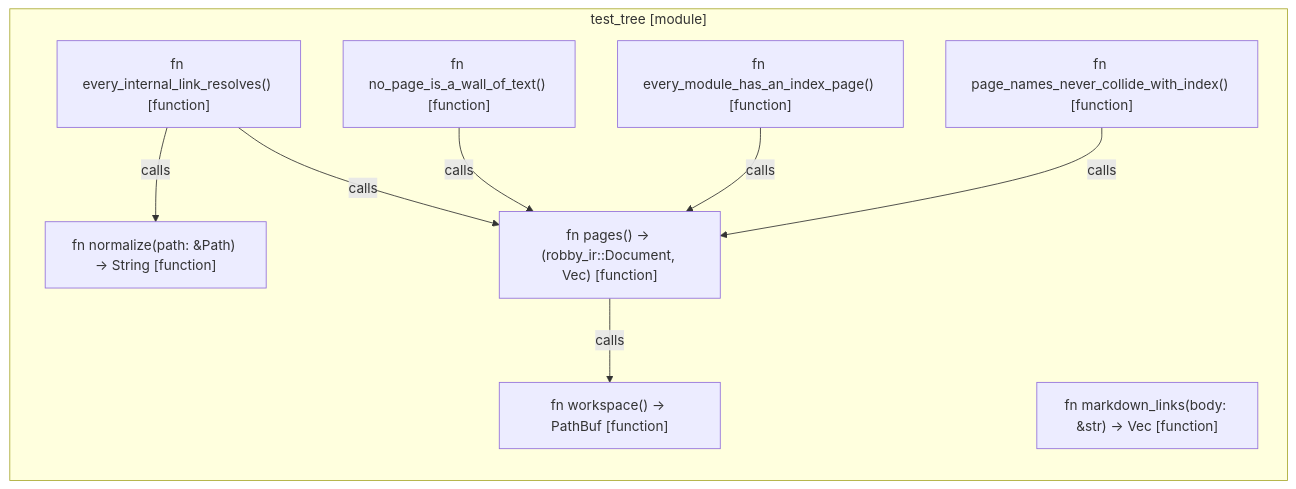
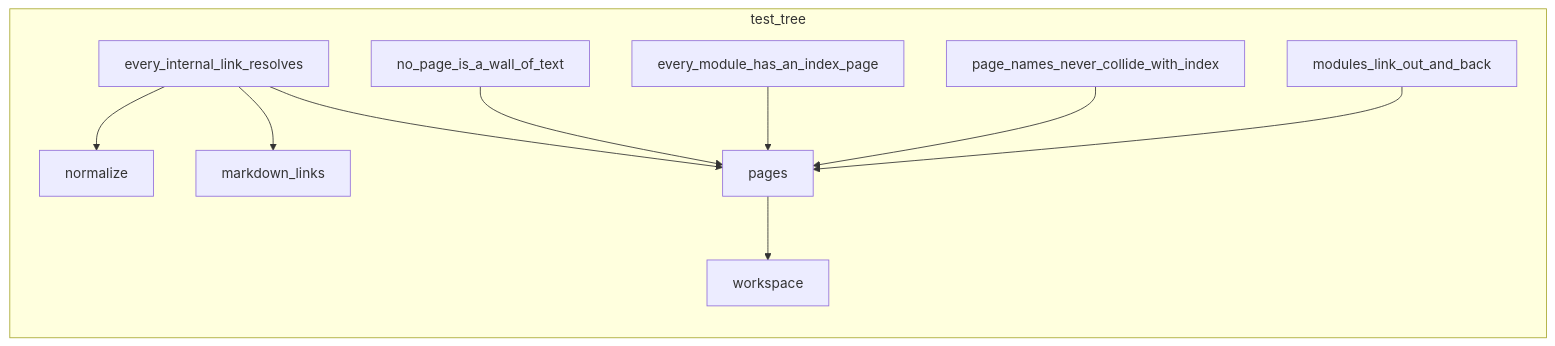
One commit to RyanGuild/self-describing-code changed the second of 2 diagrams in docs/self-model/robby_render/test_tree/index.md. Above: the diagram before and after it, drawn with Mermaid. The commit also changed other lines of this file and 1404 other files, not shown here.

Commit message:
Land the site viewer, TypeScript extract, and comment agent so the public tree matches the workspace.

````diff
--- a/docs/self-model/robby_render/test_tree/index.md
+++ b/docs/self-model/robby_render/test_tree/index.md
@@ -11,20 +26,23 @@
 ```mermaid
-flowchart TD
-    subgraph n_2790416a72a81c1b["test_tree [module]"]
+flowchart TB
+    subgraph n_2790416a72a81c1b["test_tree"]
         direction TB
-        n_13a9263f385f07c0["fn workspace() -> PathBuf [function]"]
-        n_9ed0f9b7842fbcc9["fn pages() -> (robby_ir::Document, Vec<tree::Page>) [function]"]
-        n_197157e39be2dfd1["fn every_internal_link_resolves() [function]"]
-        n_1a89d16c1861baae["fn no_page_is_a_wall_of_text() [function]"]
-        n_32cf4d2ecb5a0a21["fn every_module_has_an_index_page() [function]"]
-        n_4080fdf0b68d4a87["fn page_names_never_collide_with_index() [function]"]
-        n_323013ead64fbe04["fn markdown_links(body: &str) -> Vec<String> [function]"]
-        n_2bde649864bf1146["fn normalize(path: &Path) -> String [function]"]
+        n_197157e39be2dfd1["every_internal_link_resolves"]
+        n_32cf4d2ecb5a0a21["every_module_has_an_index_page"]
+        n_323013ead64fbe04["markdown_links"]
+        n_9f9d6bd897ae1852["modules_link_out_and_back"]
+        n_1a89d16c1861baae["no_page_is_a_wall_of_text"]
+        n_2bde649864bf1146["normalize"]
+        n_4080fdf0b68d4a87["page_names_never_collide_with_index"]
+        n_9ed0f9b7842fbcc9["pages"]
+        n_13a9263f385f07c0["workspace"]
     end
-    n_197157e39be2dfd1 -->|calls| n_2bde649864bf1146
-    n_197157e39be2dfd1 -->|calls| n_9ed0f9b7842fbcc9
-    n_1a89d16c1861baae -->|calls| n_9ed0f9b7842fbcc9
-    n_32cf4d2ecb5a0a21 -->|calls| n_9ed0f9b7842fbcc9
-    n_4080fdf0b68d4a87 -->|calls| n_9ed0f9b7842fbcc9
-    n_9ed0f9b7842fbcc9 -->|calls| n_13a9263f385f07c0
+    n_197157e39be2dfd1 --> n_2bde649864bf1146
+    n_197157e39be2dfd1 --> n_323013ead64fbe04
+    n_197157e39be2dfd1 --> n_9ed0f9b7842fbcc9
+    n_1a89d16c1861baae --> n_9ed0f9b7842fbcc9
+    n_32cf4d2ecb5a0a21 --> n_9ed0f9b7842fbcc9
+    n_4080fdf0b68d4a87 --> n_9ed0f9b7842fbcc9
+    n_9ed0f9b7842fbcc9 --> n_13a9263f385f07c0
+    n_9f9d6bd897ae1852 --> n_9ed0f9b7842fbcc9
 ```
````
